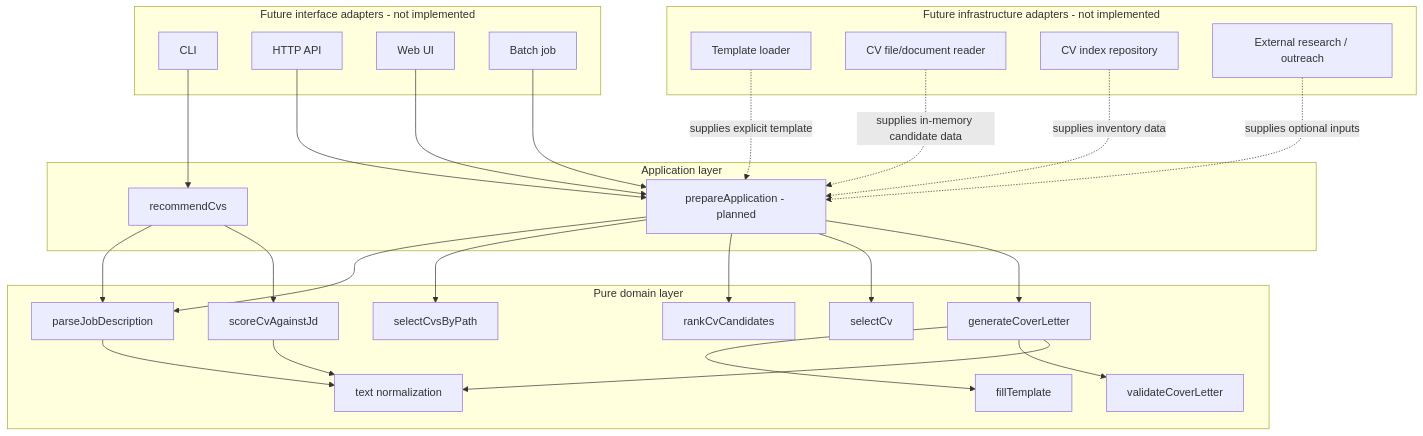
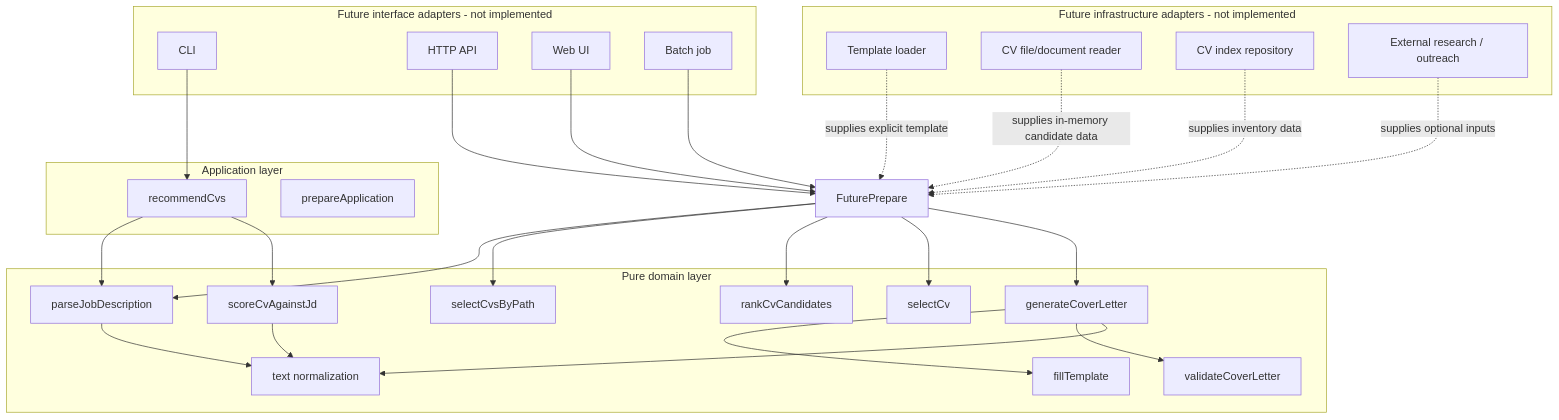
Before and after one commit to vijayk-d/NewModularProduct: the first of 3 diagrams in NewModularProduct-Architecture.md, drawn with Mermaid. The commit also changed other lines of this file and 1 other file, not shown here.

Commit message:
docs: update architecture plan and delivery status

````diff
--- a/NewModularProduct-Architecture.md
+++ b/NewModularProduct-Architecture.md
@@ -65,57 +70,57 @@
 ```mermaid
 flowchart TB
     subgraph FutureInterfaces[Future interface adapters - not implemented]
       CLI[CLI]
       HTTP[HTTP API]
       UI[Web UI]
       Batch[Batch job]
     end
 
     subgraph Application[Application layer]
       Recommend[recommendCvs]
-      FuturePrepare[prepareApplication - planned]
+      Prepare[prepareApplication]
     end
 
     subgraph Domain[Pure domain layer]
       Parser[parseJobDescription]
       PathSelect[selectCvsByPath]
       Score[scoreCvAgainstJd]
       Rank[rankCvCandidates]
       Select[selectCv]
       Letter[generateCoverLetter]
       Validate[validateCoverLetter]
       Template[fillTemplate]
       Text[text normalization]
     end
 
     subgraph FutureInfrastructure[Future infrastructure adapters - not implemented]
       Templates[Template loader]
       Files[CV file/document reader]
       Index[CV index repository]
       Integrations[External research / outreach]
     end
 
     CLI --> Recommend
     HTTP --> FuturePrepare
     UI --> FuturePrepare
     Batch --> FuturePrepare
 
     Recommend --> Parser
     Recommend --> Score
     FuturePrepare --> Parser
     FuturePrepare --> PathSelect
     FuturePrepare --> Rank
     FuturePrepare --> Select
     FuturePrepare --> Letter
 
     Parser --> Text
     Score --> Text
     Letter --> Template
     Letter --> Validate
     Letter --> Text
 
     Templates -. supplies explicit template .-> FuturePrepare
     Files -. supplies in-memory candidate data .-> FuturePrepare
     Index -. supplies inventory data .-> FuturePrepare
     Integrations -. supplies optional inputs .-> FuturePrepare
 ```
````
